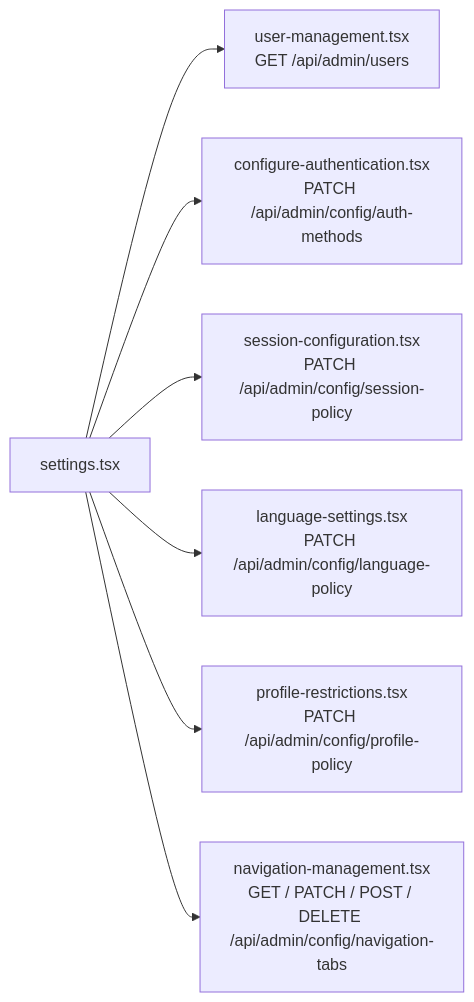
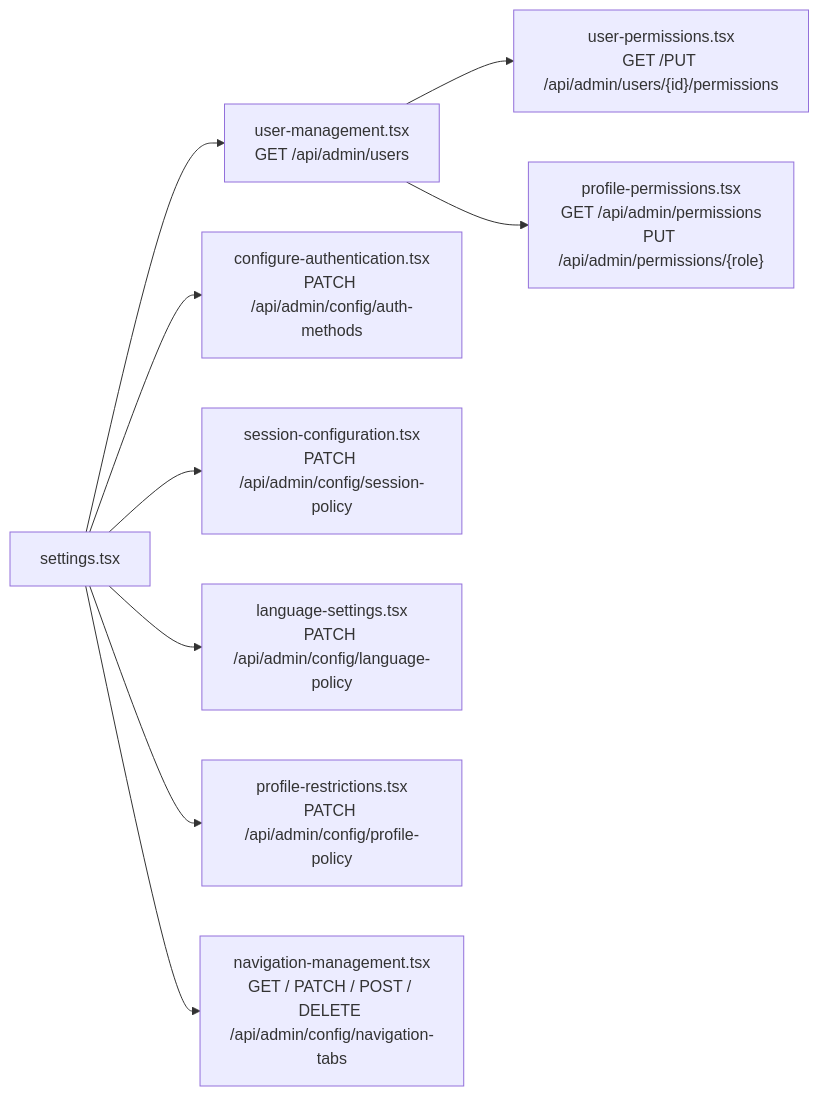
One commit to renanzazula/standard-base-fe changed the third of 4 diagrams in docs/SCREEN_FLOWS.md. Above: the diagram before and after it, drawn with Mermaid. The commit also changed other lines of this file and 6 other files, not shown here.

Commit message:
user permissions

````diff
--- a/docs/SCREEN_FLOWS.md
+++ b/docs/SCREEN_FLOWS.md
@@ -173,9 +193,11 @@
 ```mermaid
 flowchart LR
     Settings[settings.tsx] --> UserMgmt["user-management.tsx<br/>GET /api/admin/users"]
+    UserMgmt --> UserPerms["user-permissions.tsx<br/>GET /PUT /api/admin/users/{id}/permissions"]
+    UserMgmt --> ProfilePerms["profile-permissions.tsx<br/>GET /api/admin/permissions<br/>PUT /api/admin/permissions/{role}"]
     Settings --> Auth["configure-authentication.tsx<br/>PATCH /api/admin/config/auth-methods"]
     Settings --> Session["session-configuration.tsx<br/>PATCH /api/admin/config/session-policy"]
     Settings --> Lang["language-settings.tsx<br/>PATCH /api/admin/config/language-policy"]
     Settings --> Profile["profile-restrictions.tsx<br/>PATCH /api/admin/config/profile-policy"]
     Settings --> Nav["navigation-management.tsx<br/>GET / PATCH / POST / DELETE /api/admin/config/navigation-tabs"]
 ```
````
